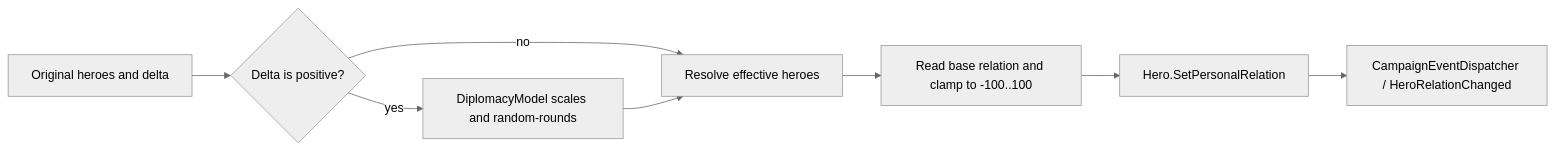
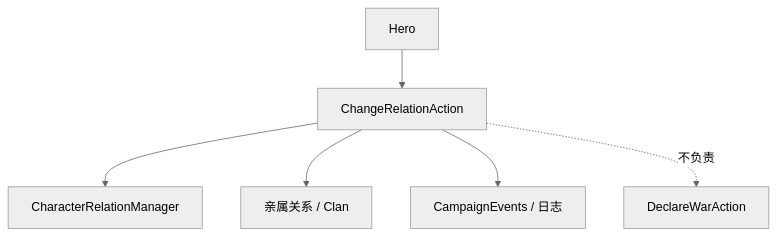
The diagram in content/v1.4.5/en/api/campaign-ext/ChangeRelationAction.md (BannerlordCode/BannerlordCode.github.io), drawn with Mermaid (neutral theme) before and after one commit. The commit also changed other lines of this file and 47 other files, not shown here.

````diff
--- a/content/v1.4.5/en/api/campaign-ext/ChangeRelationAction.md
+++ b/content/v1.4.5/en/api/campaign-ext/ChangeRelationAction.md
@@ -24,10 +29,8 @@
 ```mermaid
-flowchart LR
-    Input[Original heroes and delta] --> Scale{Delta is positive?}
-    Scale -->|yes| Model[DiplomacyModel scales and random-rounds]
-    Scale -->|no| Resolve
-    Model --> Resolve[Resolve effective heroes]
-    Resolve --> Clamp[Read base relation and clamp to -100..100]
-    Clamp --> Save[Hero.SetPersonalRelation]
-    Save --> Event[CampaignEventDispatcher / HeroRelationChanged]
+graph TD
+    HERO[Hero] --> ACTION[ChangeRelationAction]
+    ACTION --> REL[CharacterRelationManager]
+    ACTION --> FAMILY[亲属关系 / Clan]
+    ACTION --> EVENTS[CampaignEvents / 日志]
+    ACTION -. 不负责 .-> WAR[DeclareWarAction]
 ```
````
